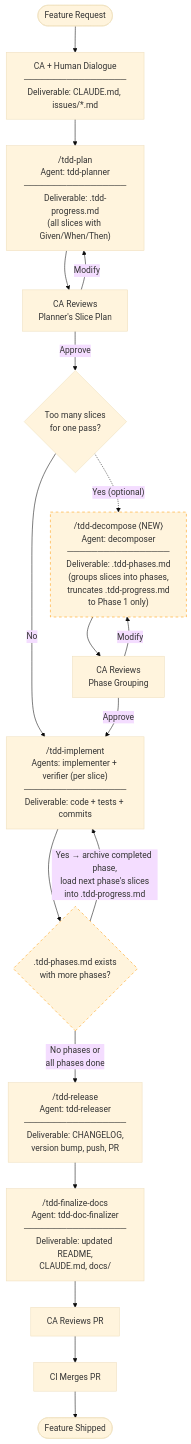
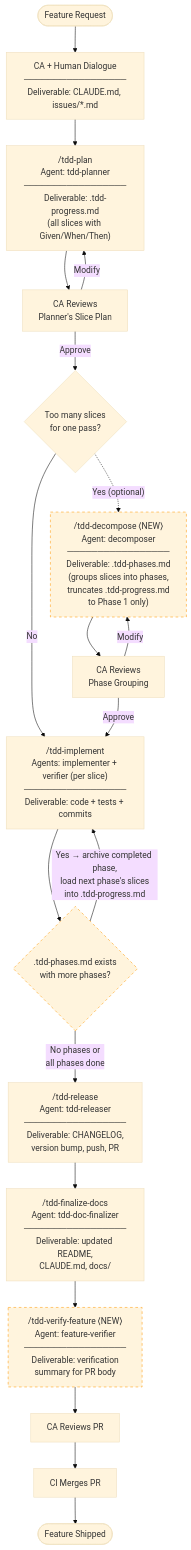
The first of 7 diagrams in explorations/role-to-agent-analysis/proposed-workflow-diagrams.md (hugo-bluecorn/claude-code-tdd-workflow), drawn with Mermaid (base theme) before and after one commit. The commit also changed other lines of this file, not shown here.

First line of the commit message:
docs: add proposed skill/agent specs and update all diagrams

````diff
--- a/explorations/role-to-agent-analysis/proposed-workflow-diagrams.md
+++ b/explorations/role-to-agent-analysis/proposed-workflow-diagrams.md
@@ -24,33 +24,36 @@
 ```mermaid
 flowchart TD
     START([Feature Request]) --> SPEC["CA + Human Dialogue<br/>─────────────────<br/>Deliverable: CLAUDE.md, issues/*.md"]
 
     SPEC --> PLAN["/tdd-plan<br/>Agent: tdd-planner<br/>─────────────────<br/>Deliverable: .tdd-progress.md<br/>(all slices with Given/When/Then)"]
 
     PLAN --> CA_REVIEW[CA Reviews<br/>Planner's Slice Plan]
     CA_REVIEW -->|Approve| DECOMPOSE_CHECK{Too many slices<br/>for one pass?}
     CA_REVIEW -->|Modify| PLAN
 
     DECOMPOSE_CHECK -.->|"Yes (optional)"| DECOMPOSE["/tdd-decompose ⟨NEW⟩<br/>Agent: decomposer<br/>─────────────────<br/>Deliverable: .tdd-phases.md<br/>(groups slices into phases,<br/>truncates .tdd-progress.md<br/>to Phase 1 only)"]
     DECOMPOSE_CHECK -->|No| IMPLEMENT
 
     DECOMPOSE --> CA_PHASES[CA Reviews<br/>Phase Grouping]
     CA_PHASES -->|Approve| IMPLEMENT
     CA_PHASES -->|Modify| DECOMPOSE
 
     IMPLEMENT["/tdd-implement<br/>Agents: implementer + verifier (per slice)<br/>─────────────────<br/>Deliverable: code + tests + commits"]
 
     IMPLEMENT --> PHASE_CHECK{".tdd-phases.md exists<br/>with more phases?"}
 
     PHASE_CHECK -->|"Yes → archive completed phase,<br/>load next phase's slices<br/>into .tdd-progress.md"| IMPLEMENT
 
     PHASE_CHECK -->|No phases or<br/>all phases done| RELEASE["/tdd-release<br/>Agent: tdd-releaser<br/>─────────────────<br/>Deliverable: CHANGELOG,<br/>version bump, push, PR"]
 
     RELEASE --> FINALIZE["/tdd-finalize-docs<br/>Agent: tdd-doc-finalizer<br/>─────────────────<br/>Deliverable: updated README,<br/>CLAUDE.md, docs/"]
-    FINALIZE --> CA_PR[CA Reviews PR]
+    FINALIZE --> VERIFY["/tdd-verify-feature ⟨NEW⟩<br/>Agent: feature-verifier<br/>─────────────────<br/>Deliverable: verification<br/>summary for PR body"]
+    VERIFY --> CA_PR[CA Reviews PR]
     CA_PR --> MERGE["CI Merges PR"]
     MERGE --> DONE([Feature Shipped])
+
+    style VERIFY stroke-dasharray: 5 5,stroke:#f90
 
     style DECOMPOSE stroke-dasharray: 5 5,stroke:#f90
     style PHASE_CHECK stroke-dasharray: 5 5,stroke:#f90
 ```
````
